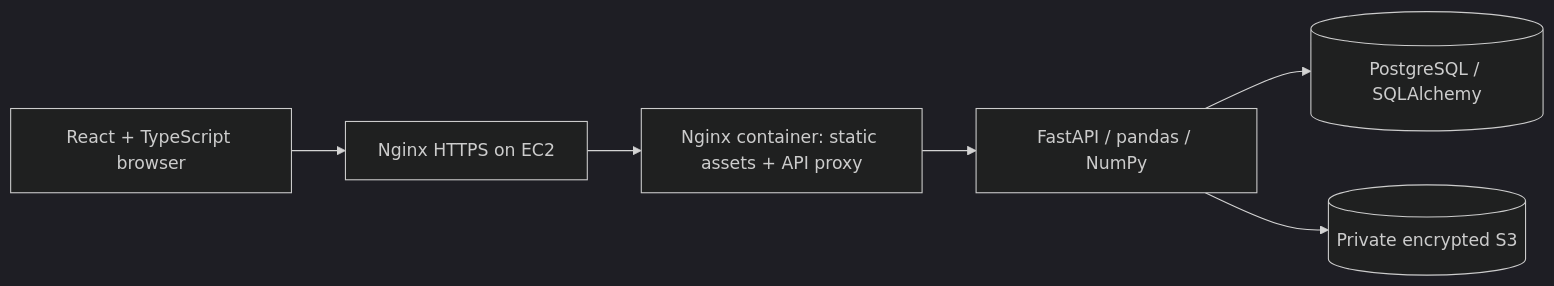
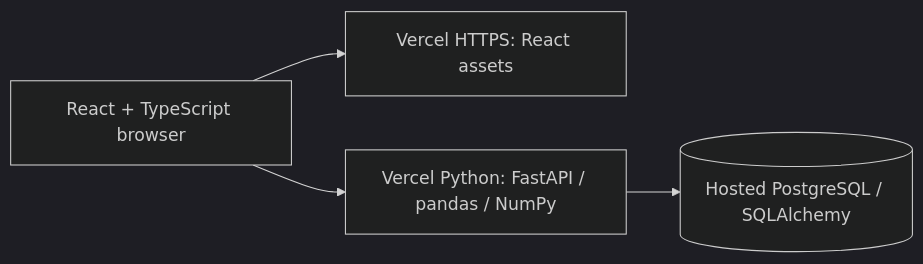
One commit to Fidel2197/DataDock changed the diagram in docs/architecture.md. Above: the diagram before and after it, drawn with Mermaid (dark theme). The commit also changed other lines of this file and 29 other files, not shown here.

````diff
--- a/docs/architecture.md
+++ b/docs/architecture.md
@@ -3,12 +3,10 @@
 ```mermaid
 flowchart LR
     Browser[React + TypeScript browser]
-    TLS[Nginx HTTPS on EC2]
-    Web[Nginx container: static assets + API proxy]
-    API[FastAPI / pandas / NumPy]
-    DB[(PostgreSQL / SQLAlchemy)]
-    S3[(Private encrypted S3)]
-    Browser --> TLS --> Web --> API
+    Web[Vercel HTTPS: React assets]
+    API[Vercel Python: FastAPI / pandas / NumPy]
+    DB[(Hosted PostgreSQL / SQLAlchemy)]
+    Browser --> Web
+    Browser --> API
     API --> DB
-    API --> S3
 ```
````
